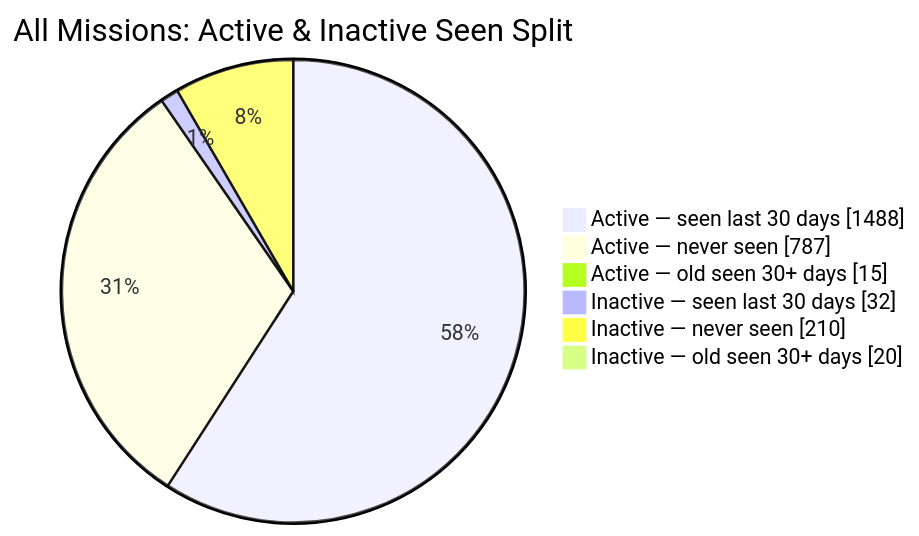
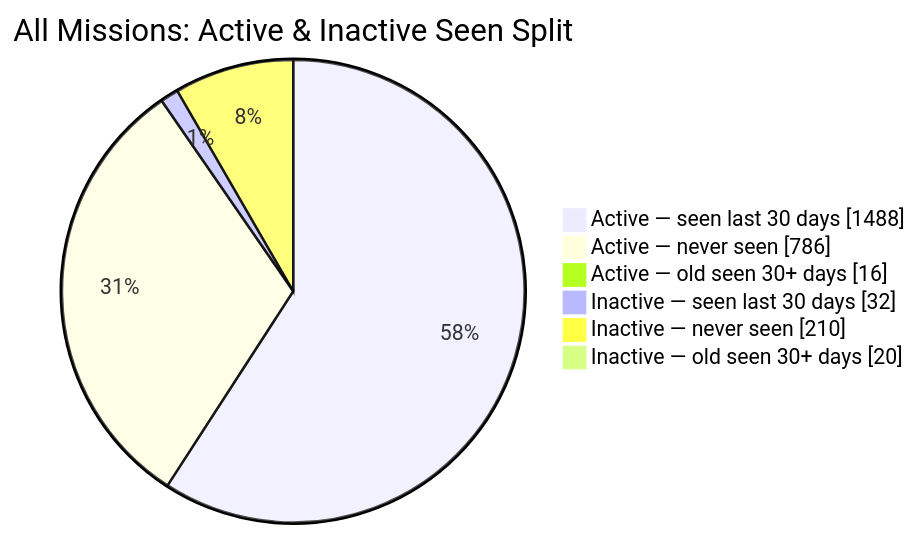
Before and after one commit to MeldkamerspelGameTeam/active-missions: the second of 2 diagrams in README.md, drawn with Mermaid. The commit also changed other lines of this file and 4 other files, not shown here.

````diff
--- a/README.md
+++ b/README.md
@@ -44,10 +44,10 @@
 ```mermaid
 pie showData
     title All Missions: Active & Inactive Seen Split
     "Active — seen last 30 days" : 1488
-    "Active — never seen" : 787
-    "Active — old seen 30+ days" : 15
+    "Active — never seen" : 786
+    "Active — old seen 30+ days" : 16
     "Inactive — seen last 30 days" : 32
     "Inactive — never seen" : 210
     "Inactive — old seen 30+ days" : 20
 ```
````
